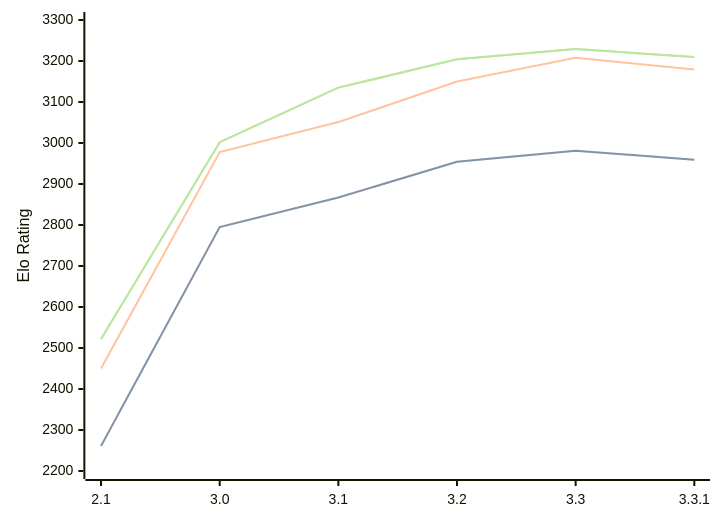
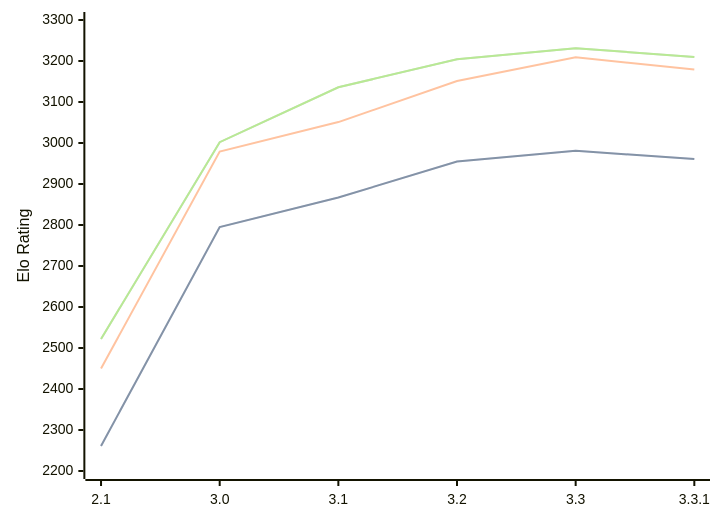
Before and after one commit to computer-chess-index/cci: the diagram in engines/Petrel.md, drawn with Mermaid. The commit also changed other lines of this file, not shown here.

Commit message:
Update CCI Ratings (ELO VLTC) - 2026-04-24

````diff
--- a/engines/Petrel.md
+++ b/engines/Petrel.md
@@ -45,11 +45,11 @@
 ```mermaid
 %%{init: {"theme":"base","themeVariables":{"seriesColors:['#a3a3a3','#222221','#faa371']}}}%%
 xychart-beta
   x-axis ["2.1", "3.0", "3.1", "3.2", "3.3", "3.3.1"]
   y-axis "Elo Rating" 2200 --> 3300
-  line "STC (8.0+0.08s)" [2261, 2795, 2867, 2954, 2981, 2959]
-  line "STC (8.0+0.08s)" [2261, 2795, 2867, 2954, 2981, 2959]
-  line "LTC (60.0+0.60s)" [2450, 2978, 3051, 3150, 3208, 3179]
-  line "VLTC (2m24s+1.12s)" [2522, 3002, 3135, 3204, 3229, 3210]
-  line "VLTC (2m24s+1.12s)" [2522, 3002, 3135, 3204, 3229, 3210]
+  line "STC (8.0+0.08s)" [2261, 2795, 2867, 2955, 2981, 2961]
+  line "STC (8.0+0.08s)" [2261, 2795, 2867, 2955, 2981, 2961]
+  line "LTC (60.0+0.60s)" [2450, 2979, 3051, 3151, 3209, 3179]
+  line "VLTC (2m24s+1.12s)" [2522, 3002, 3136, 3204, 3231, 3210]
+  line "VLTC (2m24s+1.12s)" [2522, 3002, 3136, 3204, 3231, 3210]
 ```
````
